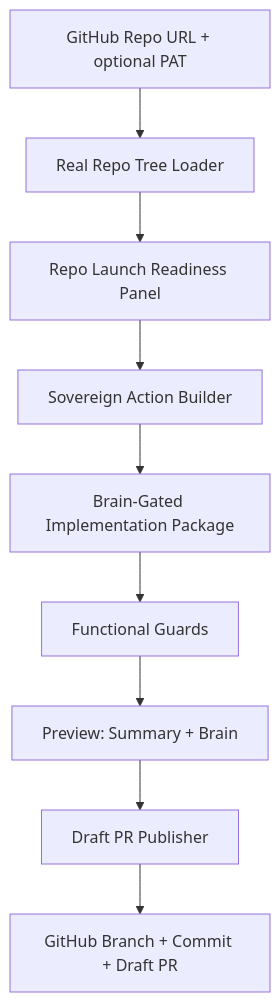
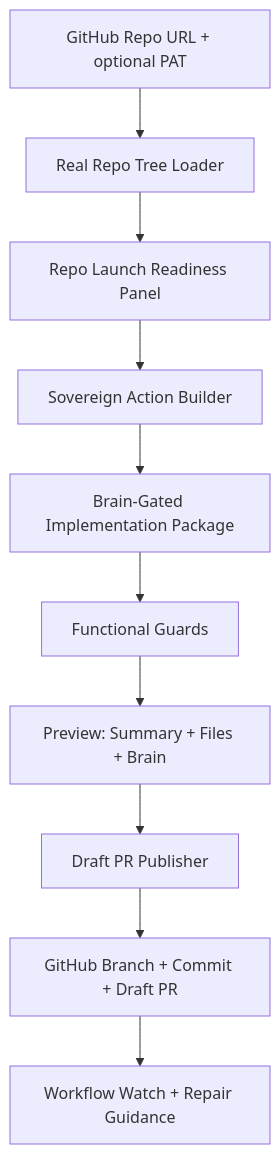
One commit to OuroborosCollective/Sovereign-Studio-ato changed the diagram in README.md. Above: the diagram before and after it, drawn with Mermaid. The commit also changed other lines of this file and 3 other files, not shown here.

````diff
--- a/README.md
+++ b/README.md
@@ -24,11 +41,12 @@
 ```mermaid
 graph TD
     A[GitHub Repo URL + optional PAT] --> B[Real Repo Tree Loader]
     B --> C[Repo Launch Readiness Panel]
     C --> D[Sovereign Action Builder]
     D --> E[Brain-Gated Implementation Package]
     E --> F[Functional Guards]
-    F --> G[Preview: Summary + Brain]
+    F --> G[Preview: Summary + Files + Brain]
     G --> H[Draft PR Publisher]
     H --> I[GitHub Branch + Commit + Draft PR]
+    I --> J[Workflow Watch + Repair Guidance]
 ```
````
